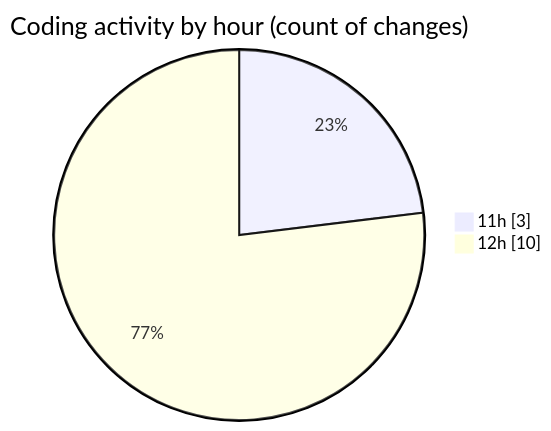
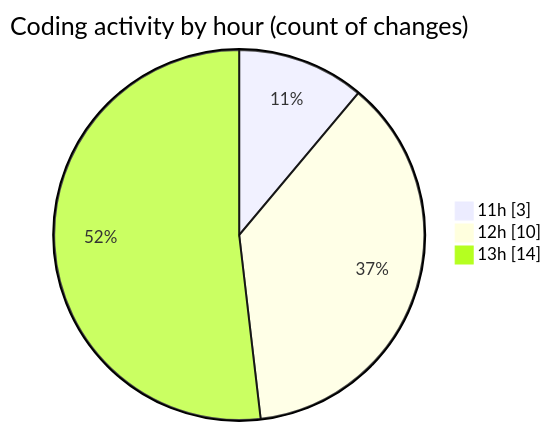
One commit to nxtqubesakshisongat/code-tracking changed the second of 2 diagrams in 2025-09-09/nxtqube_webapp/README.md. Above: the diagram before and after it, drawn with Mermaid. The commit also changed other lines of this file and 1 other file, not shown here.

````diff
--- a/2025-09-09/nxtqube_webapp/README.md
+++ b/2025-09-09/nxtqube_webapp/README.md
@@ -29,6 +30,7 @@
 ```mermaid
 pie showData
 title Coding activity by hour (count of changes)
 "11h" : 3
 "12h" : 10
+"13h" : 14
 ```
````
